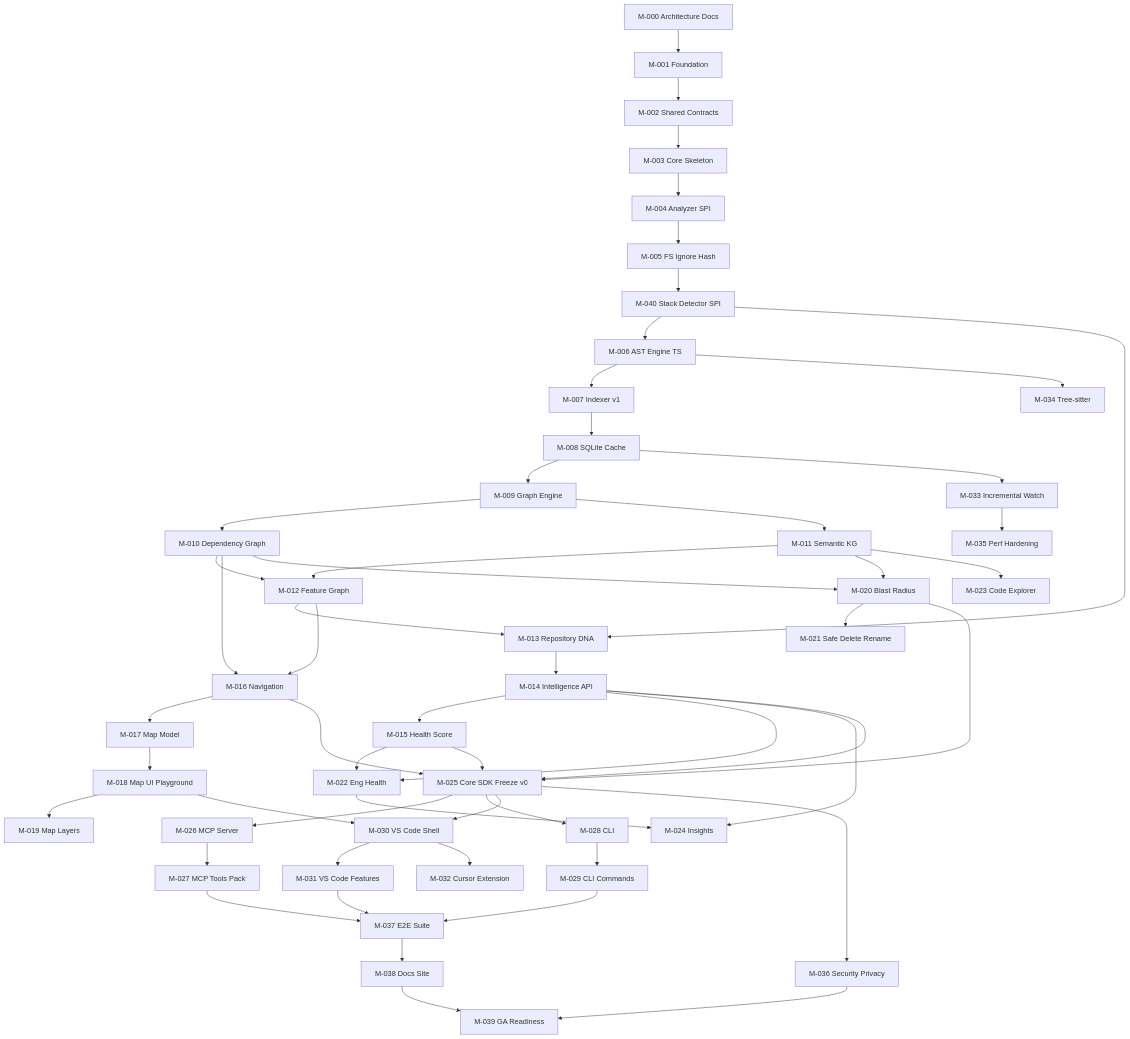
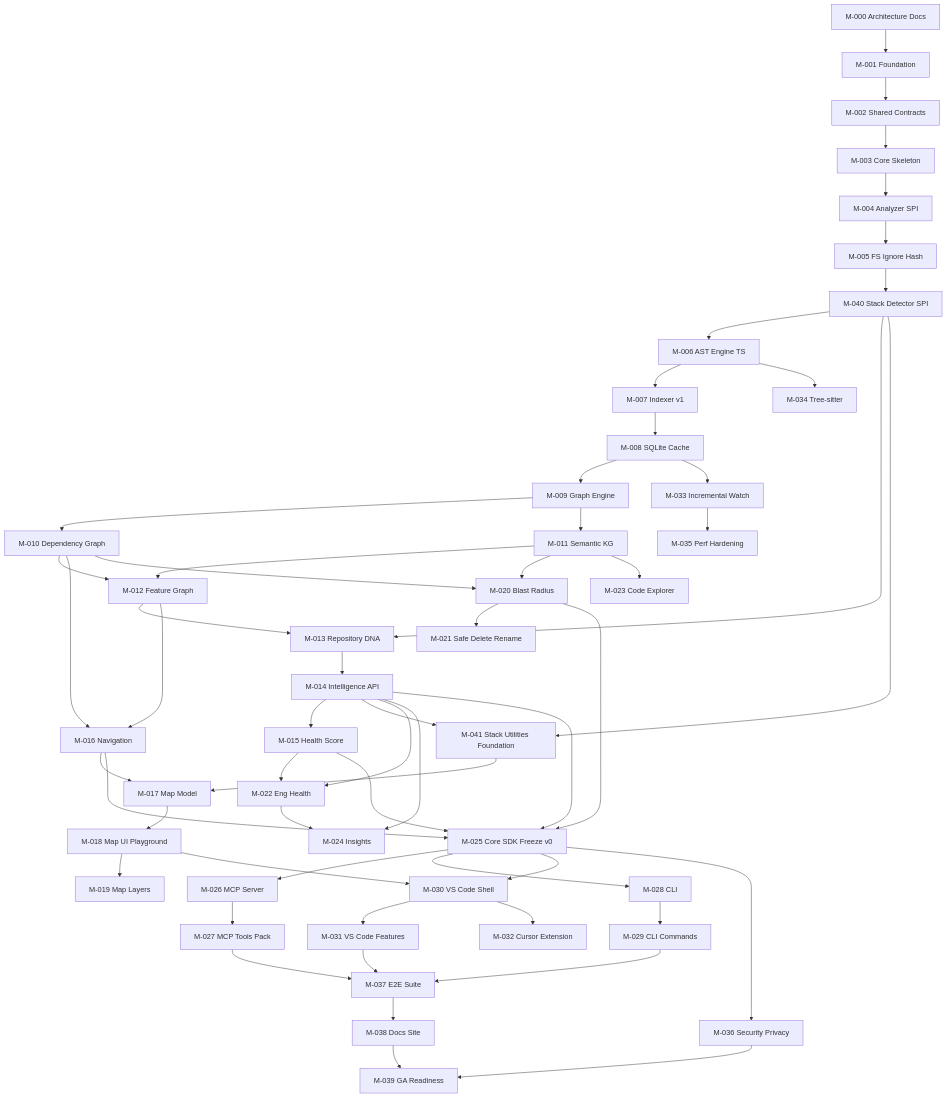
The diagram in plans/00_MASTER_DEVELOPMENT_PLAN.md (Shailesh200/prism), drawn with Mermaid before and after one commit. The commit also changed other lines of this file and 37 other files, not shown here.

First line of the commit message:
Add stack detector SPI and utilities backlog planning.

````diff
--- a/plans/00_MASTER_DEVELOPMENT_PLAN.md
+++ b/plans/00_MASTER_DEVELOPMENT_PLAN.md
@@ -383,56 +386,59 @@
 ```mermaid
 flowchart TD
   M000[M-000 Architecture Docs] --> M001[M-001 Foundation]
   M001 --> M002[M-002 Shared Contracts]
   M002 --> M003[M-003 Core Skeleton]
   M003 --> M004[M-004 Analyzer SPI]
   M004 --> M005[M-005 FS Ignore Hash]
   M005 --> M040[M-040 Stack Detector SPI]
   M040 --> M006[M-006 AST Engine TS]
   M006 --> M007[M-007 Indexer v1]
   M007 --> M008[M-008 SQLite Cache]
   M008 --> M009[M-009 Graph Engine]
   M009 --> M010[M-010 Dependency Graph]
   M009 --> M011[M-011 Semantic KG]
   M010 --> M012[M-012 Feature Graph]
   M011 --> M012
   M012 --> M013[M-013 Repository DNA]
   M040 --> M013
   M013 --> M014[M-014 Intelligence API]
   M014 --> M015[M-015 Health Score]
   M010 --> M016[M-016 Navigation]
   M012 --> M016
+  M014 --> M041[M-041 Stack Utilities Foundation]
+  M040 --> M041
   M016 --> M017[M-017 Map Model]
+  M041 --> M017
   M017 --> M018[M-018 Map UI Playground]
   M018 --> M019[M-019 Map Layers]
   M010 --> M020[M-020 Blast Radius]
   M011 --> M020
   M020 --> M021[M-021 Safe Delete Rename]
   M014 --> M022[M-022 Eng Health]
   M015 --> M022
   M011 --> M023[M-023 Code Explorer]
   M014 --> M024[M-024 Insights]
   M022 --> M024
   M014 --> M025[M-025 Core SDK Freeze v0]
   M015 --> M025
   M016 --> M025
   M020 --> M025
   M025 --> M026[M-026 MCP Server]
   M025 --> M028[M-028 CLI]
   M026 --> M027[M-027 MCP Tools Pack]
   M028 --> M029[M-029 CLI Commands]
   M018 --> M030[M-030 VS Code Shell]
   M025 --> M030
   M030 --> M031[M-031 VS Code Features]
   M030 --> M032[M-032 Cursor Extension]
   M008 --> M033[M-033 Incremental Watch]
   M006 --> M034[M-034 Tree-sitter]
   M033 --> M035[M-035 Perf Hardening]
   M025 --> M036[M-036 Security Privacy]
   M031 --> M037[M-037 E2E Suite]
   M027 --> M037
   M029 --> M037
   M037 --> M038[M-038 Docs Site]
   M036 --> M039[M-039 GA Readiness]
   M038 --> M039
 ```
````
